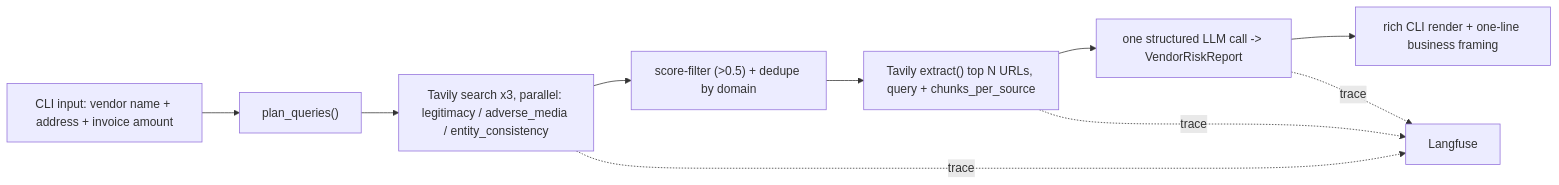
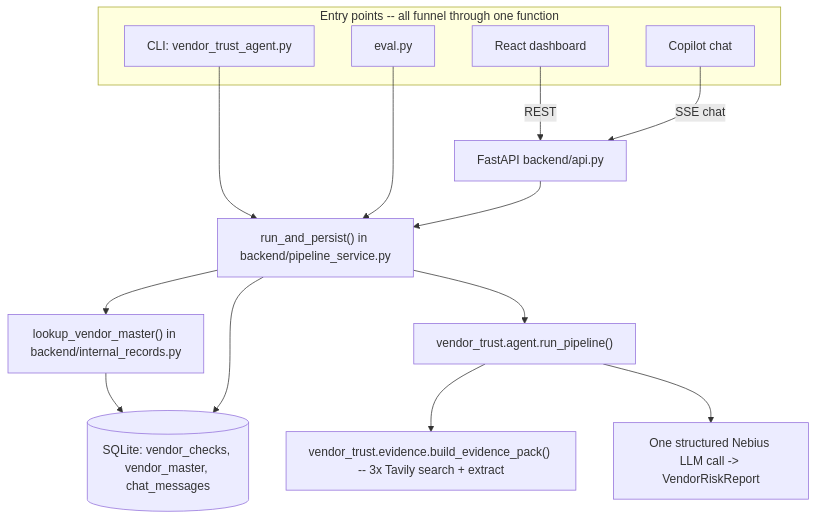
The diagram in README.md (Rohanchaudhari98/vendor-trust-agent), drawn with Mermaid before and after one commit. The commit also changed other lines of this file and 76 other files, not shown here.

First line of the commit message:
feat: web dashboard, grounded copilot, and Pay/Hold/Review UX

````diff
--- a/README.md
+++ b/README.md
@@ -57,12 +127,28 @@
 ```mermaid
-flowchart LR
-    CLIInput["CLI input: vendor name + address + invoice amount"] --> PlanQueries["plan_queries()"]
-    PlanQueries --> TavilySearch["Tavily search x3, parallel: legitimacy / adverse_media / entity_consistency"]
-    TavilySearch --> ScoreFilter["score-filter (>0.5) + dedupe by domain"]
-    ScoreFilter --> TavilyExtract["Tavily extract() top N URLs, query + chunks_per_source"]
-    TavilyExtract --> LLMSynthesis["one structured LLM call -> VendorRiskReport"]
-    LLMSynthesis --> RenderOutput["rich CLI render + one-line business framing"]
-    TavilySearch -.trace.-> Langfuse
-    TavilyExtract -.trace.-> Langfuse
-    LLMSynthesis -.trace.-> Langfuse
+flowchart TB
+    subgraph clients [Entry points -- all funnel through one function]
+        CLI["CLI: vendor_trust_agent.py"]
+        EvalHarness["eval.py"]
+        WebUI["React dashboard"]
+        Copilot["Copilot chat"]
+    end
+
+    RunAndPersist["run_and_persist() in backend/pipeline_service.py"]
+    InternalLookup["lookup_vendor_master() in backend/internal_records.py"]
+    Pipeline["vendor_trust.agent.run_pipeline()"]
+    Evidence["vendor_trust.evidence.build_evidence_pack() -- 3x Tavily search + extract"]
+    LLM["One structured Nebius LLM call -> VendorRiskReport"]
+    DB[("SQLite: vendor_checks, vendor_master, chat_messages")]
+
+    CLI --> RunAndPersist
+    EvalHarness --> RunAndPersist
+    WebUI -->|"REST"| API["FastAPI backend/api.py"]
+    Copilot -->|"SSE chat"| API
+    API --> RunAndPersist
+    RunAndPersist --> InternalLookup
+    InternalLookup --> DB
+    RunAndPersist --> Pipeline
+    Pipeline --> Evidence
+    Pipeline --> LLM
+    RunAndPersist --> DB
 ```
````
